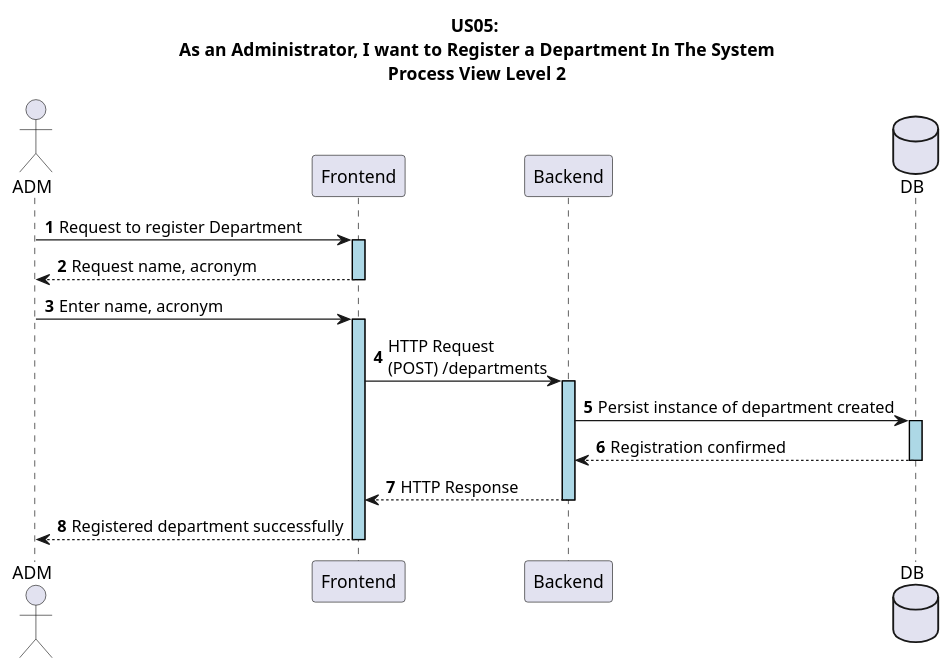
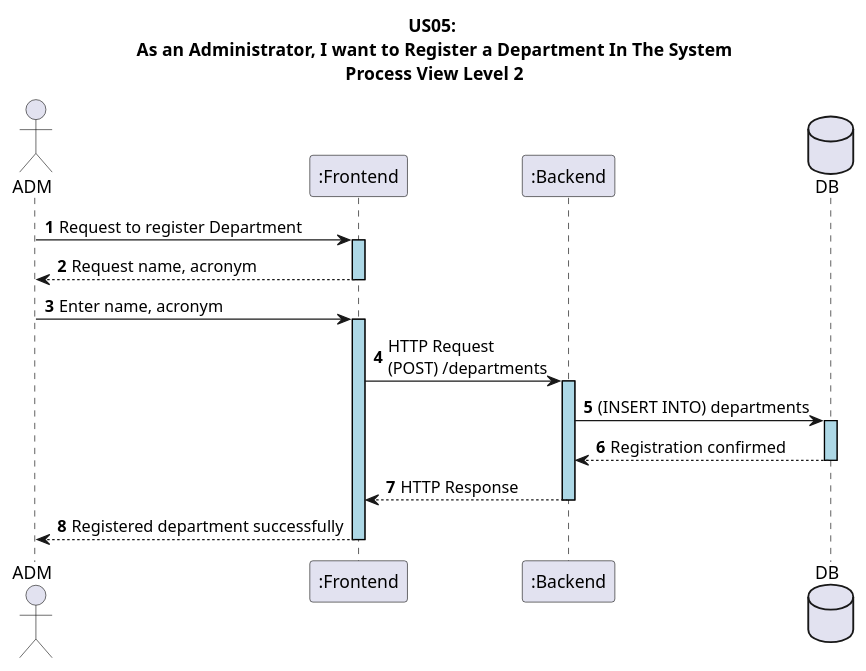
Before and after one commit to GasparISEP/DevOps-PAI: the diagram in docs/US05/sprint6_RestAPI/ProcessView/US05_RestAPI_ProcessView_Level2.puml, drawn with PlantUML. The commit also changed 2 other files, not shown here.

Commit message:
doc: minimal refactor to processView diagrams (refs #500, refs #575)

```diff
--- a/docs/US05/sprint6_RestAPI/ProcessView/US05_RestAPI_ProcessView_Level2.puml
+++ b/docs/US05/sprint6_RestAPI/ProcessView/US05_RestAPI_ProcessView_Level2.puml
@@ -1,25 +1,25 @@
 @startuml
 autonumber
 
 skinparam sequence {
    LifelineBorderColor black
    LifelineBackgroundColor LightBlue
  }
 
 title US05:\n As an Administrator, I want to Register a Department In The System\n Process View Level 2
 actor ADM
-participant "Frontend" as FE
-participant "Backend" as BE
+participant ":Frontend" as FE
+participant ":Backend" as BE
 database DB
 
 ADM -> FE ++: Request to register Department
 FE --> ADM --: Request name, acronym
 ADM -> FE ++: Enter name, acronym
 
 FE -> BE ++: HTTP Request \n(POST) /departments
-BE -> DB ++: Persist instance of department created
+BE -> DB ++: (INSERT INTO) departments
 DB --> BE --: Registration confirmed
 BE --> FE --: HTTP Response
 FE --> ADM --: Registered department successfully
 
 @enduml
```
